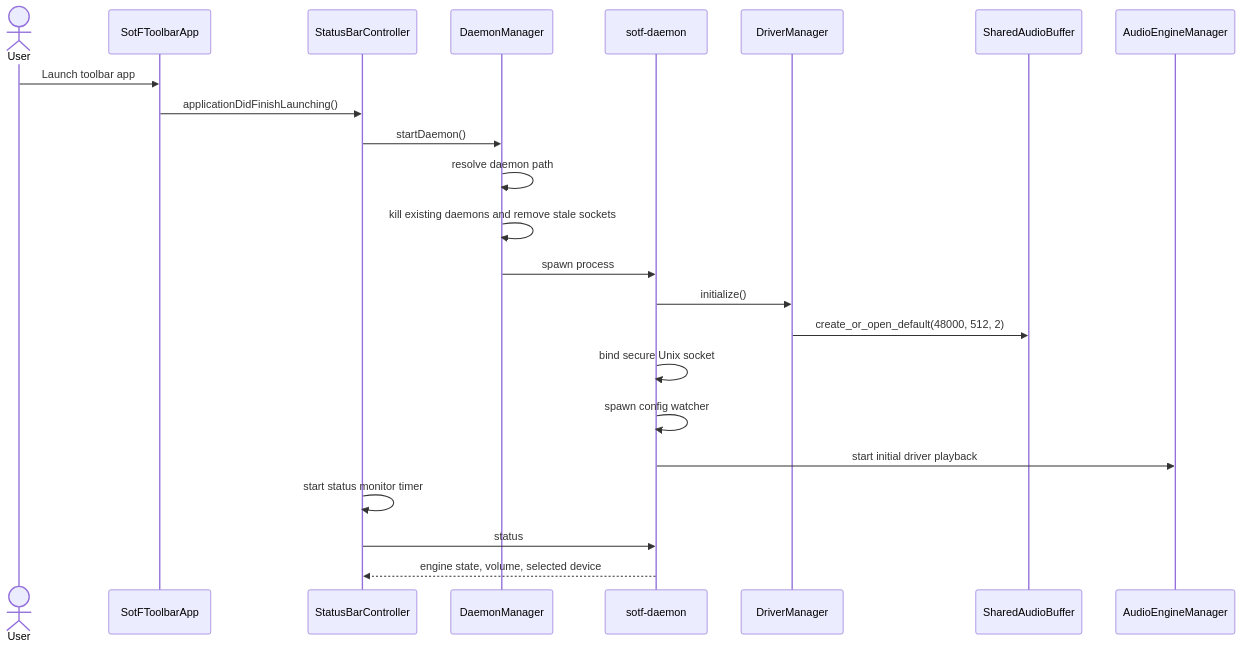
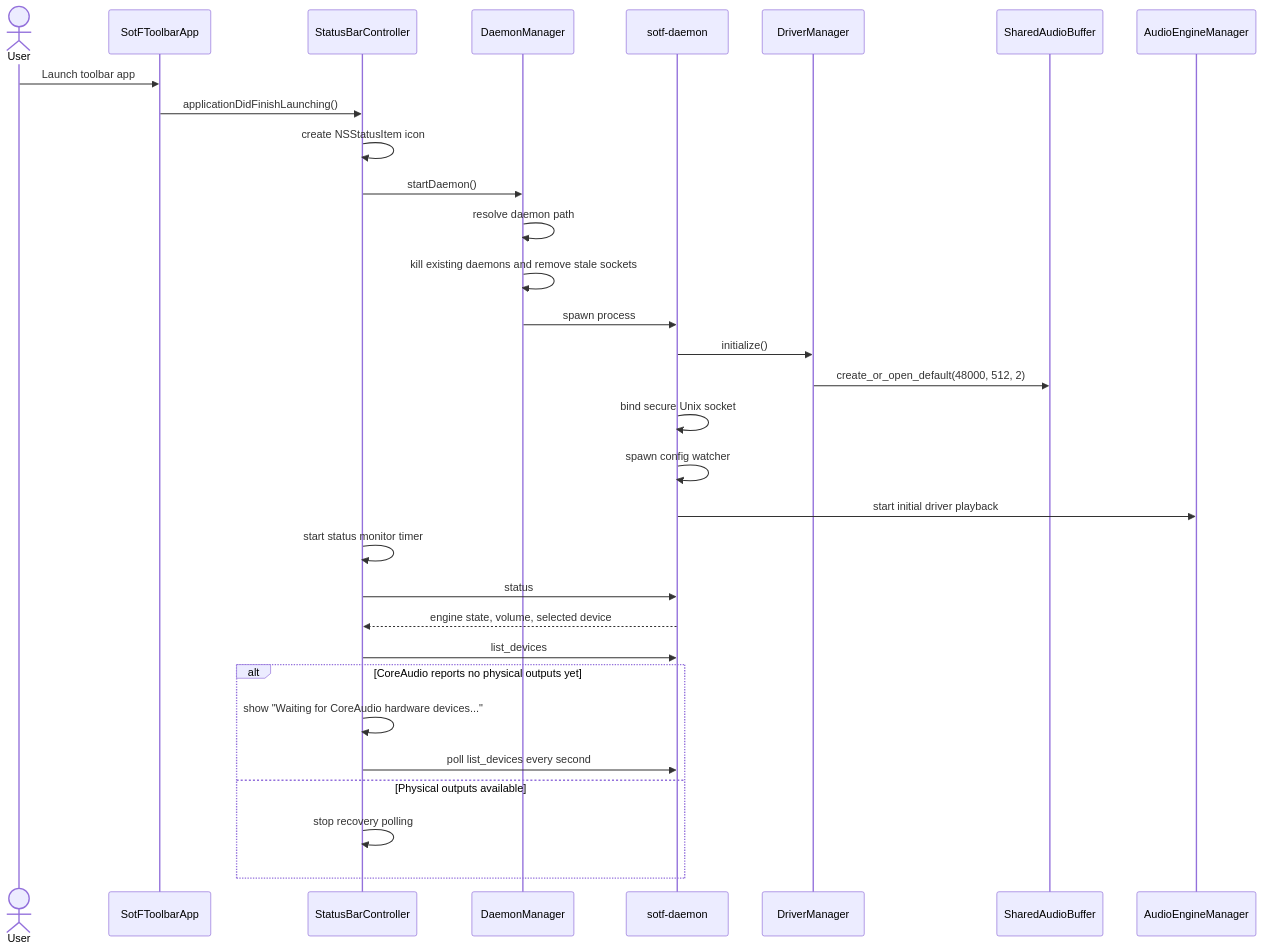
The fourth of 13 diagrams in crates/systemwide/ARCHITECTURE.md (pierreaubert/sotf), drawn with Mermaid before and after one commit. The commit also changed other lines of this file, not shown here.

Commit message:
Keep systemwide architecture doc current

````diff
--- a/crates/systemwide/ARCHITECTURE.md
+++ b/crates/systemwide/ARCHITECTURE.md
@@ -279,26 +296,34 @@
 ```mermaid
 sequenceDiagram
     actor User
     participant App as SotFToolbarApp
     participant Status as StatusBarController
     participant Dm as DaemonManager
     participant Daemon as sotf-daemon
     participant Driver as DriverManager
     participant Shm as SharedAudioBuffer
     participant Engine as AudioEngineManager
 
     User->>App: Launch toolbar app
     App->>Status: applicationDidFinishLaunching()
+    Status->>Status: create NSStatusItem icon
     Status->>Dm: startDaemon()
     Dm->>Dm: resolve daemon path
     Dm->>Dm: kill existing daemons and remove stale sockets
     Dm->>Daemon: spawn process
     Daemon->>Driver: initialize()
     Driver->>Shm: create_or_open_default(48000, 512, 2)
     Daemon->>Daemon: bind secure Unix socket
     Daemon->>Daemon: spawn config watcher
     Daemon->>Engine: start initial driver playback
     Status->>Status: start status monitor timer
     Status->>Daemon: status
     Daemon-->>Status: engine state, volume, selected device
+    Status->>Daemon: list_devices
+    alt CoreAudio reports no physical outputs yet
+        Status->>Status: show "Waiting for CoreAudio hardware devices..."
+        Status->>Daemon: poll list_devices every second
+    else Physical outputs available
+        Status->>Status: stop recovery polling
+    end
 ```
````
